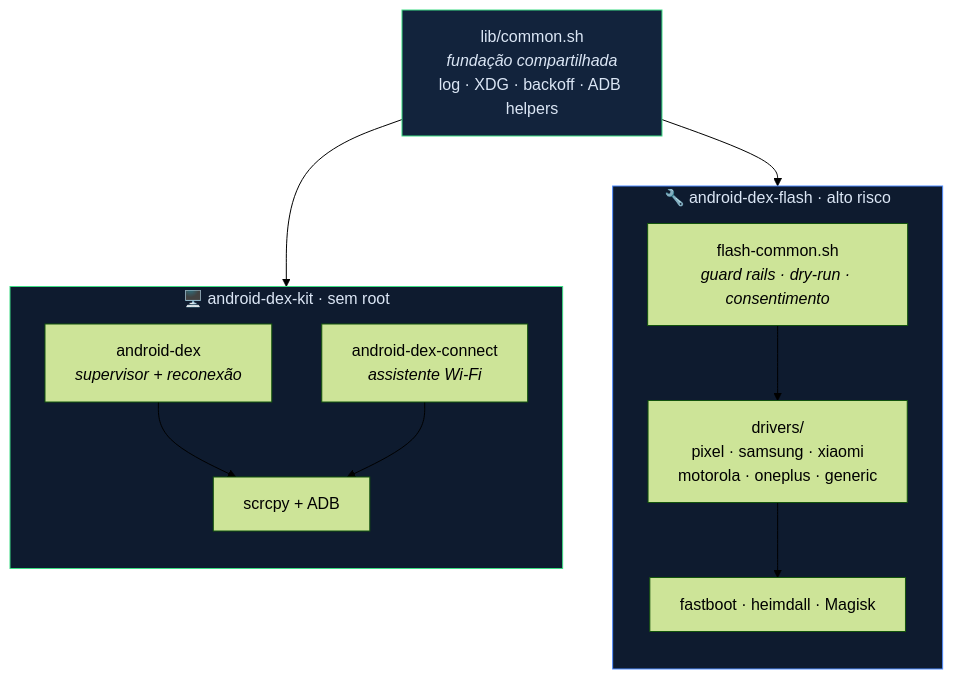
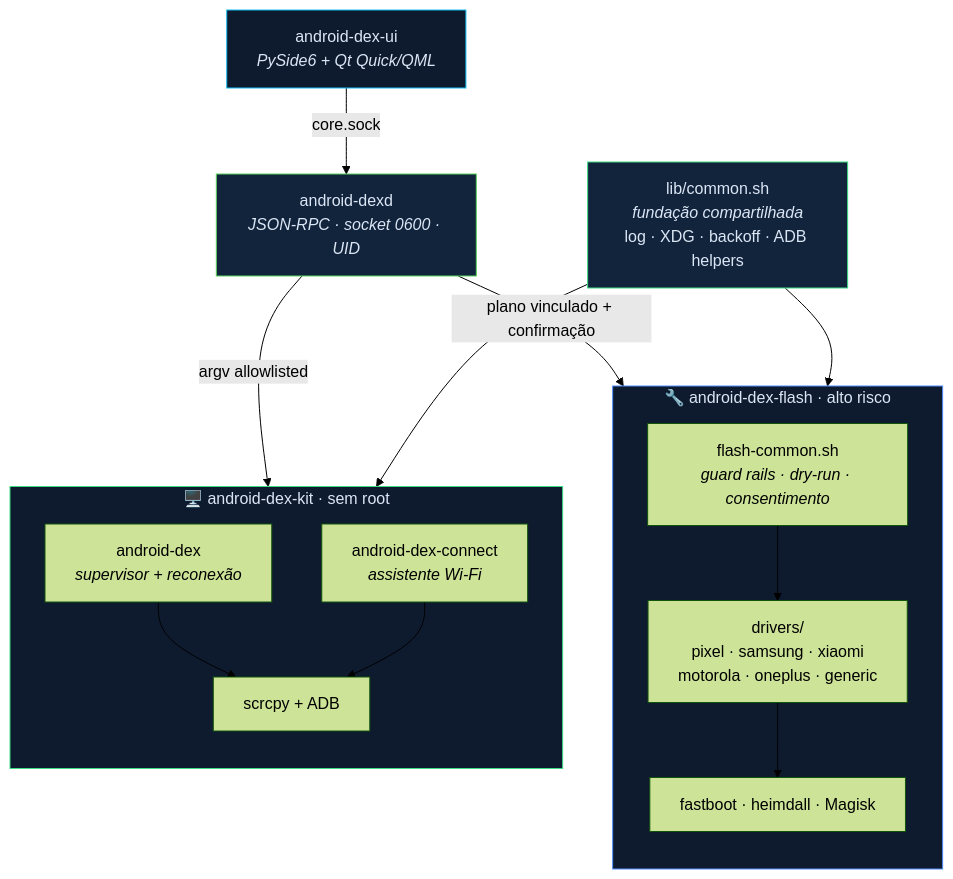
One commit to Misael-art/android-dex changed the diagram in README.md. Above: the diagram before and after it, drawn with Mermaid (forest theme). The commit also changed other lines of this file and 58 other files, not shown here.

````diff
--- a/README.md
+++ b/README.md
@@ -51,28 +56,35 @@
 ```mermaid
 flowchart TD
+    UI["android-dex-ui<br/><i>PySide6 + Qt Quick/QML</i>"]
+    D["android-dexd<br/><i>JSON-RPC · socket 0600 · UID</i>"]
     C["lib/common.sh<br/><i>fundação compartilhada</i><br/>log · XDG · backoff · ADB helpers"]
 
     subgraph KIT["🖥️ android-dex-kit  ·  sem root"]
       direction TB
       A1["android-dex<br/><i>supervisor + reconexão</i>"]
       A2["android-dex-connect<br/><i>assistente Wi-Fi</i>"]
       A3["scrcpy + ADB"]
       A1 --> A3
       A2 --> A3
     end
 
     subgraph FLASH["🔧 android-dex-flash  ·  alto risco"]
       direction TB
       B0["flash-common.sh<br/><i>guard rails · dry-run · consentimento</i>"]
       B1["drivers/<br/>pixel · samsung · xiaomi<br/>motorola · oneplus · generic"]
       B2["fastboot · heimdall · Magisk"]
       B0 --> B1 --> B2
     end
 
+    UI -->|"core.sock"| D
+    D -->|"argv allowlisted"| KIT
+    D -->|"plano vinculado + confirmação"| FLASH
     C --> KIT
     C --> FLASH
 
     style C fill:#12233c,stroke:#3ddc84,color:#dbe6f5
+    style UI fill:#0e1b2f,stroke:#13bdf2,color:#dbe6f5
+    style D fill:#12233c,stroke:#59d35d,color:#dbe6f5
     style KIT fill:#0e1b2f,stroke:#3ddc84,color:#dbe6f5
     style FLASH fill:#0e1b2f,stroke:#4f8cff,color:#dbe6f5
 ```
````
